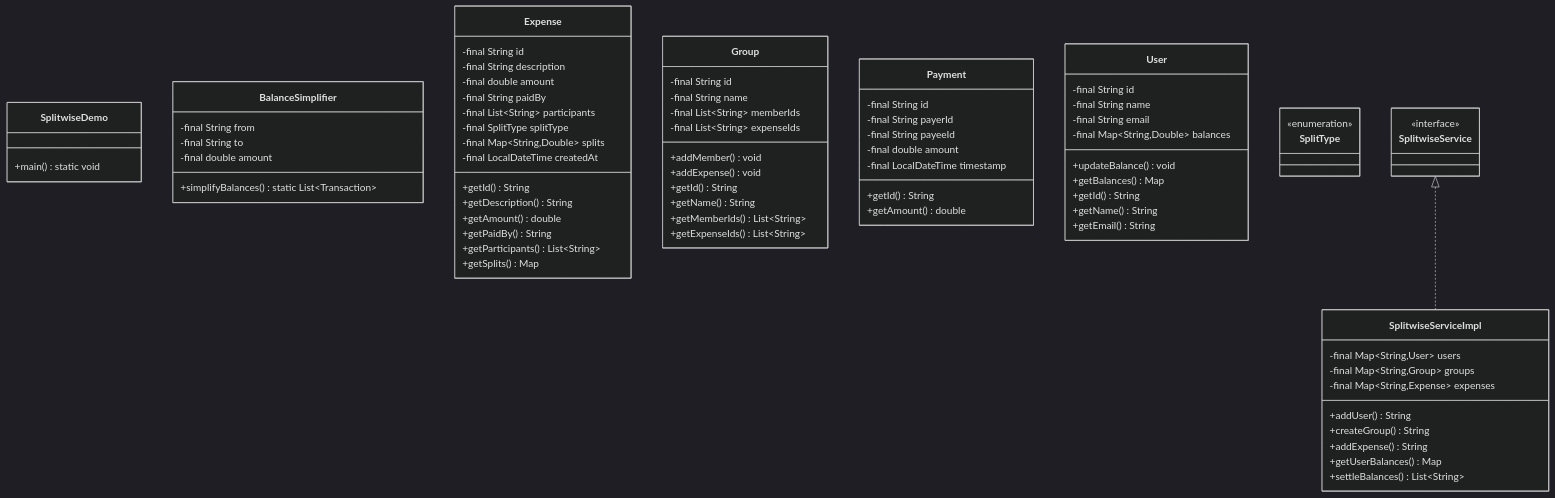
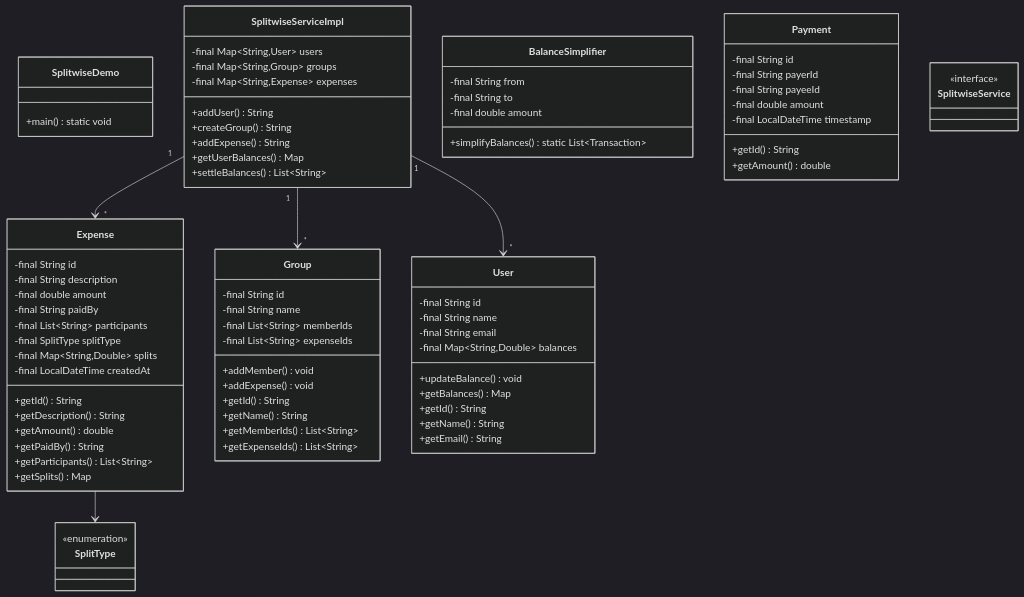
The diagram in docs/problems/splitwise/README.md (dlkr18/lld-playbook), drawn with Mermaid (dark theme) before and after one commit. The commit also changed 119 other files, not shown here.

First line of the commit message:
feat: add comprehensive relationships to all class diagrams

````diff
--- a/docs/problems/splitwise/README.md
+++ b/docs/problems/splitwise/README.md
@@ -157,5 +157,8 @@
     class SplitwiseService
     <<interface>> SplitwiseService
 
-    SplitwiseService <|.. SplitwiseServiceImpl
+    SplitwiseServiceImpl "1" --> "*" User
+    SplitwiseServiceImpl "1" --> "*" Group
+    SplitwiseServiceImpl "1" --> "*" Expense
+    Expense --> SplitType
 ```
````
